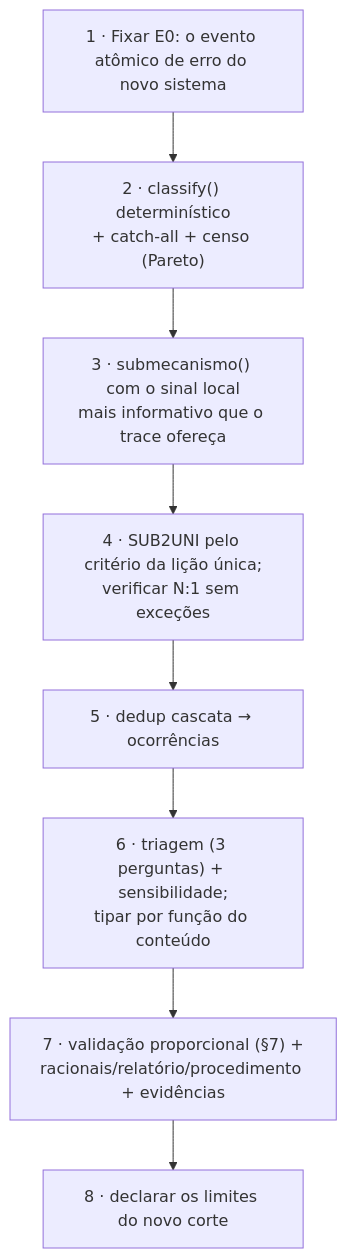
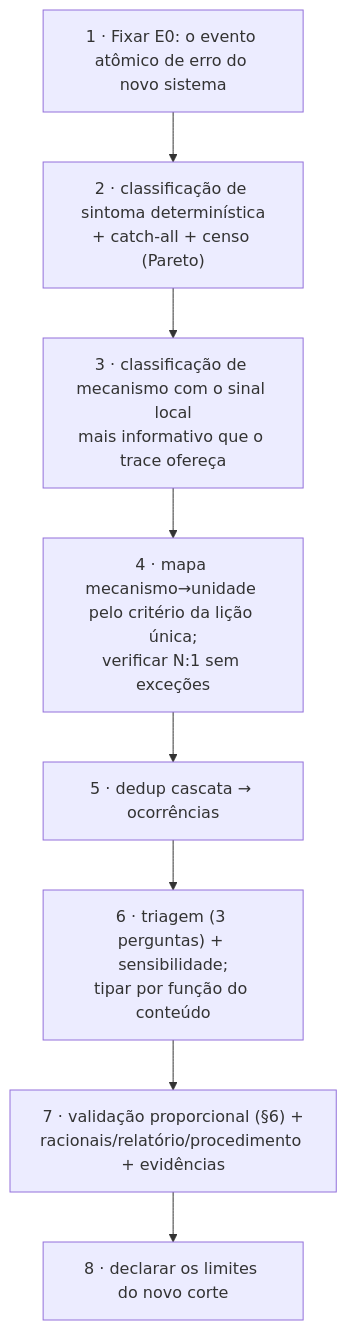
One commit to rc-ventura/memory_layer_ai_agents changed the sixth of 6 diagrams in discussion/hipoteses/trace-error-taxonomy-methodology/general-error-taxonomy-methodology.md. Above: the diagram before and after it, drawn with Mermaid. The commit also changed other lines of this file and 7 other files, not shown here.

First line of the commit message:
docs: add error-genealogy methodology to CLAUDE.md index + cross-link schema/instantiation/reusable-code

````diff
--- a/discussion/hipoteses/trace-error-taxonomy-methodology/general-error-taxonomy-methodology.md
+++ b/discussion/hipoteses/trace-error-taxonomy-methodology/general-error-taxonomy-methodology.md
@@ -388,10 +322,10 @@
 ```mermaid
 flowchart TD
-    N1["1 · Fixar E0: o evento atômico de erro do novo sistema"] --> N2["2 · classify() determinístico<br/>+ catch-all + censo (Pareto)"]
-    N2 --> N3["3 · submecanismo() com o sinal local<br/>mais informativo que o trace ofereça"]
-    N3 --> N4["4 · SUB2UNI pelo critério da lição única;<br/>verificar N:1 sem exceções"]
+    N1["1 · Fixar E0: o evento atômico de erro do novo sistema"] --> N2["2 · classificação de sintoma determinística<br/>+ catch-all + censo (Pareto)"]
+    N2 --> N3["3 · classificação de mecanismo com o sinal local<br/>mais informativo que o trace ofereça"]
+    N3 --> N4["4 · mapa mecanismo→unidade pelo critério da lição única;<br/>verificar N:1 sem exceções"]
     N4 --> N5["5 · dedup cascata → ocorrências"]
     N5 --> N6["6 · triagem (3 perguntas) + sensibilidade;<br/>tipar por função do conteúdo"]
-    N6 --> N7["7 · validação proporcional (§7) +<br/>racionais/relatório/procedimento + evidências"]
+    N6 --> N7["7 · validação proporcional (§6) +<br/>racionais/relatório/procedimento + evidências"]
     N7 --> N8["8 · declarar os limites do novo corte"]
 ```
````
